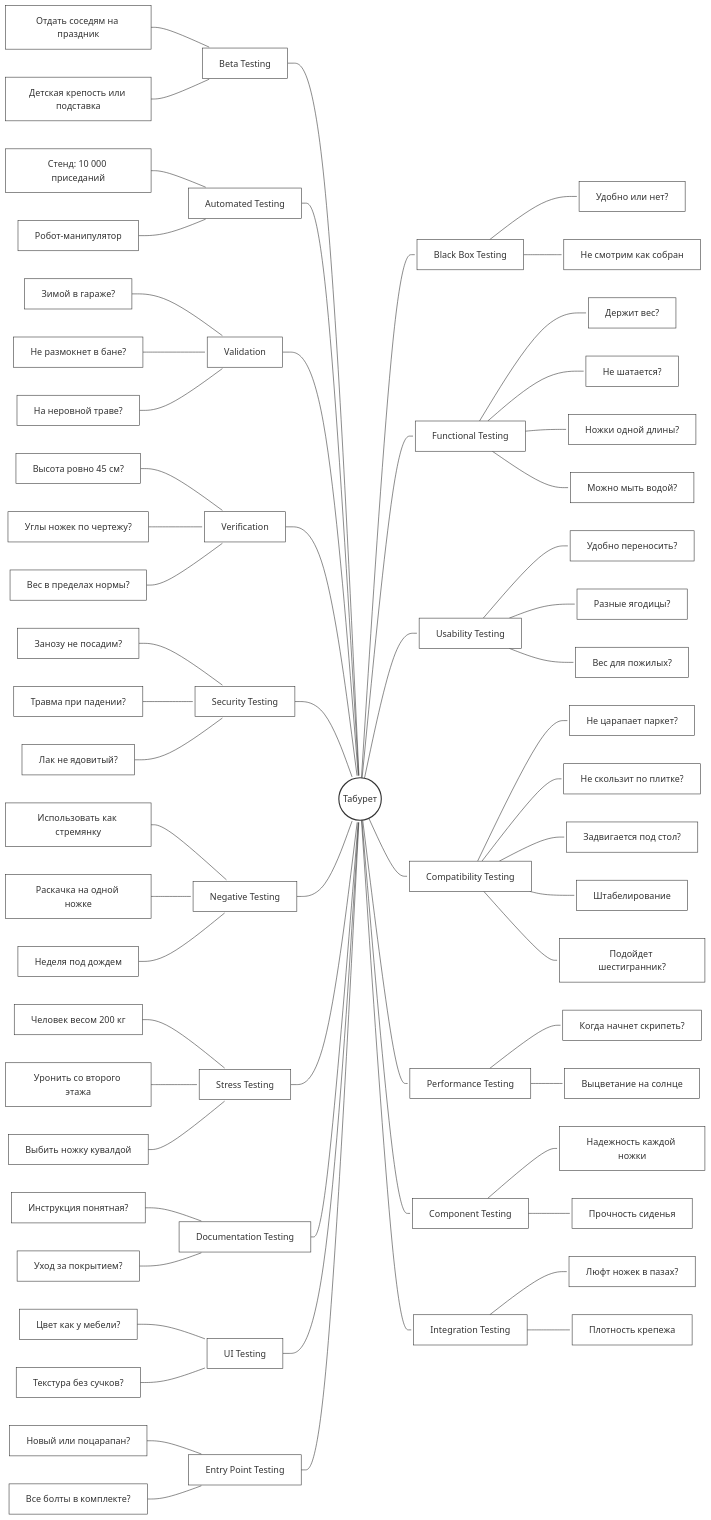
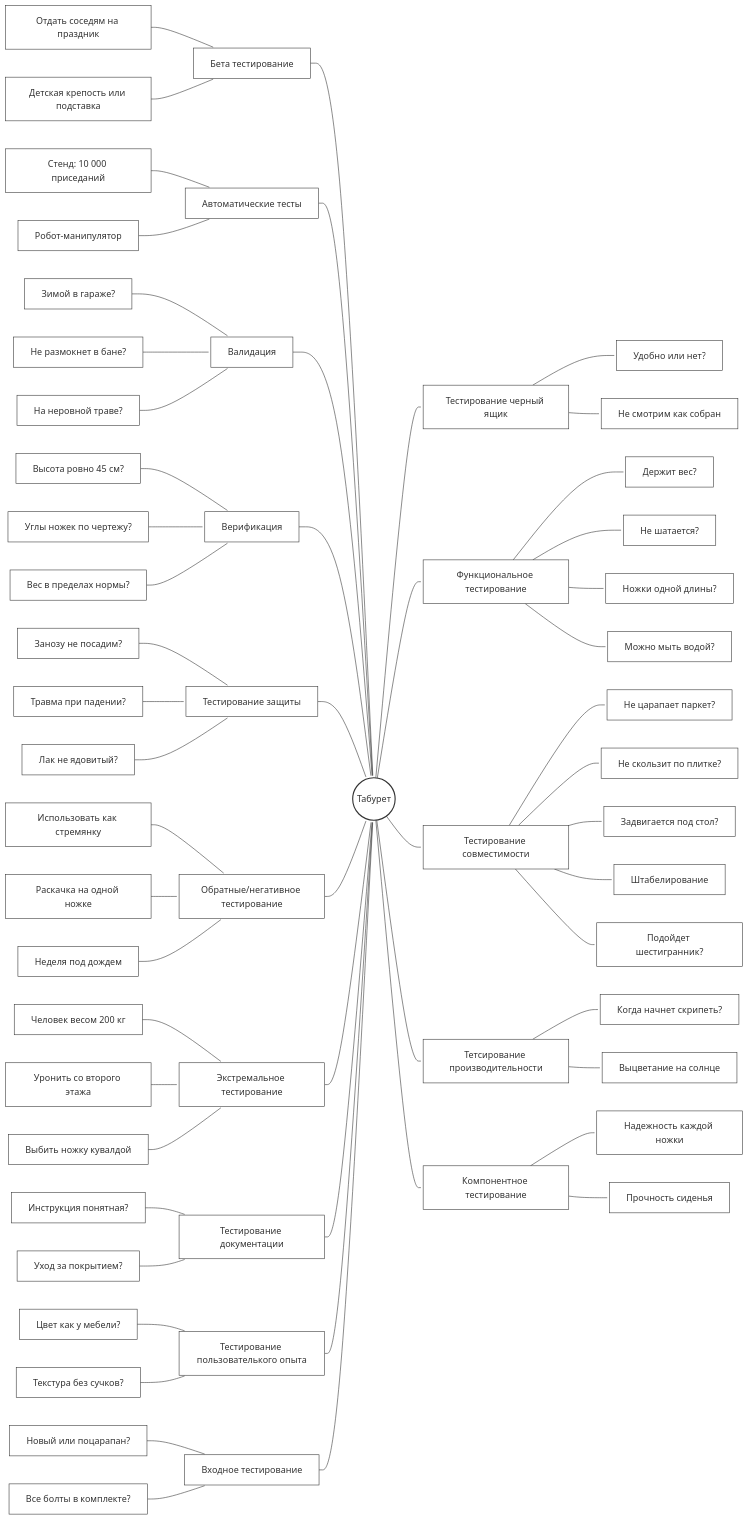
One commit to Kolya1222/gui2 changed the diagram in lr_4.md. Above: the diagram before and after it, drawn with Mermaid.

```diff
--- a/lr_4.md
+++ b/lr_4.md
@@ -4,24 +4,22 @@
 graph LR
     Root((Табурет))
 
-    Beta[Beta Testing] --> Root
-    Auto[Automated Testing] --> Root
-    Val[Validation] --> Root
-    Ver[Verification] --> Root
-    Sec[Security Testing] --> Root
-    Neg[Negative Testing] --> Root
-    Stress[Stress Testing] --> Root
-    Doc[Documentation Testing] --> Root
-    UI[UI Testing] --> Root
-    Entry[Entry Point Testing] --> Root
+    Beta[Бета тестирование] --> Root
+    Auto[Автоматические тесты] --> Root
+    Val[Валидация] --> Root
+    Ver[Верификация] --> Root
+    Sec[Тестирование защиты] --> Root
+    Neg[Обратные/негативное тестирование] --> Root
+    Stress[Экстремальное тестирование] --> Root
+    Doc[Тестирование документации] --> Root
+    UI[Тестирование пользователького опыта] --> Root
+    Entry[Входное тестирование] --> Root
 
-    Root --> BB[Black Box Testing]
-    Root --> Func[Functional Testing]
-    Root --> Usab[Usability Testing]
-    Root --> Comp[Compatibility Testing]
-    Root --> Perf[Performance Testing]
-    Root --> CompT[Component Testing]
-    Root --> Integ[Integration Testing]
+    Root --> BB[Тестирование черный ящик]
+    Root --> Func[Функциональное тестирование]
+    Root --> Comp[Тестирование совместимости]
+    Root --> Perf[Тетсирование производительности]
+    Root --> CompT[Компонентное тестирование]
 
     B1[Отдать соседям на праздник] --> Beta
     B2[Детская крепость или подставка] --> Beta
@@ -66,10 +64,6 @@
     Func --> F3[Ножки одной длины?]
     Func --> F4[Можно мыть водой?]
     
-    Usab --> Us1[Удобно переносить?]
-    Usab --> Us2[Разные ягодицы?]
-    Usab --> Us3[Вес для пожилых?]
-    
     Comp --> C1[Не царапает паркет?]
     Comp --> C2[Не скользит по плитке?]
     Comp --> C3[Задвигается под стол?]
@@ -81,9 +75,6 @@
     
     CompT --> CT1[Надежность каждой ножки]
     CompT --> CT2[Прочность сиденья]
-    
-    Integ --> I1[Люфт ножек в пазах?]
-    Integ --> I2[Плотность крепежа]
 
     linkStyle default interpolate basis stroke:#333,stroke-width:1px,marker-end:none;
     classDef default fill:#fff,stroke:#333,stroke-width:1px;
```
